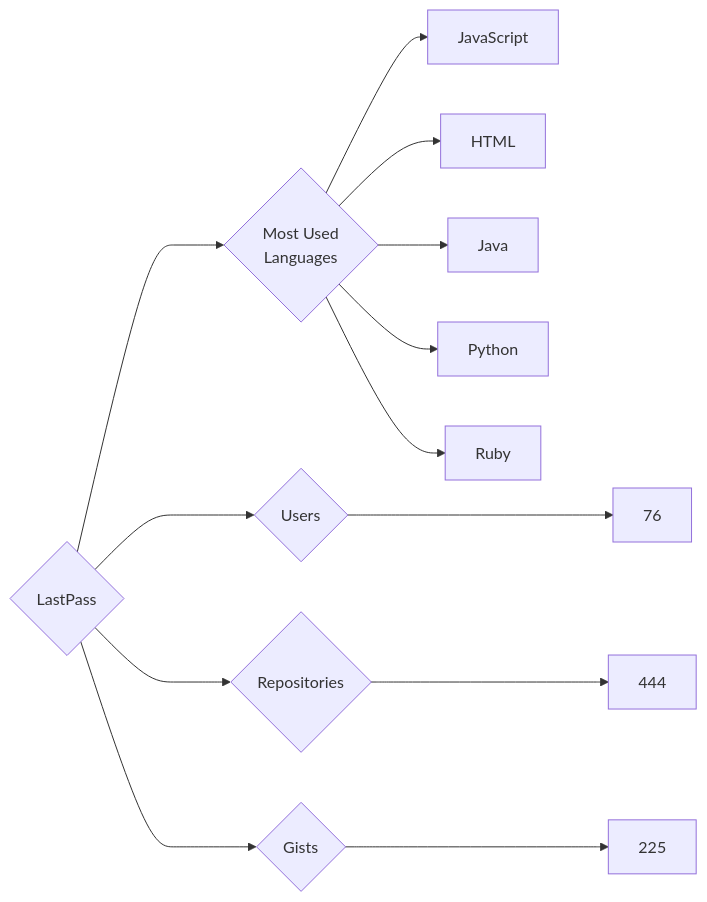
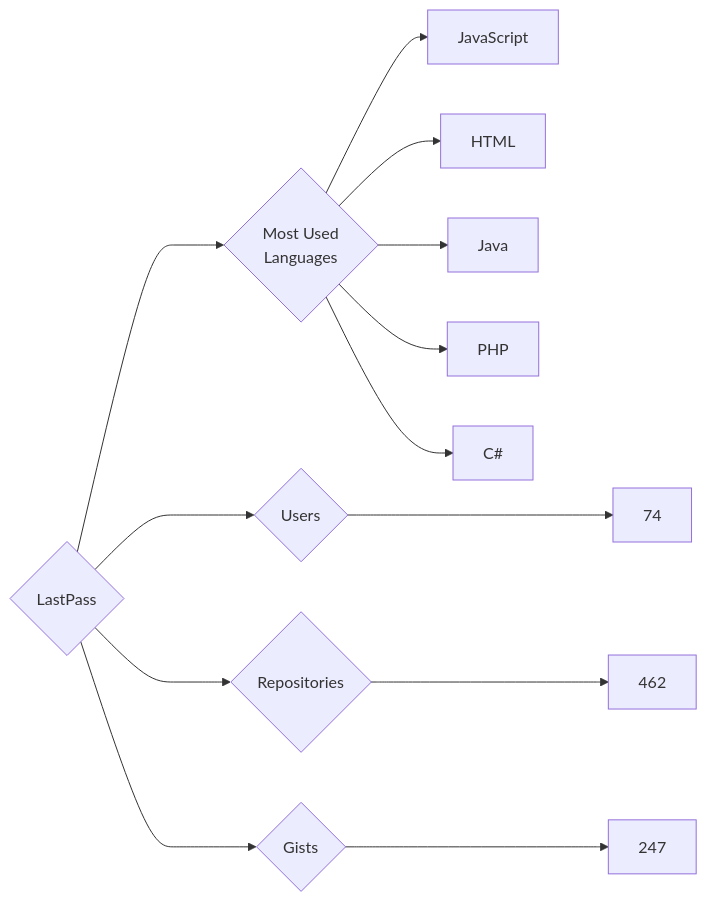
Before and after one commit to trickest/insiders: the diagram in targets/LastPass/README.md, drawn with Mermaid. The commit also changed 1479 other files, not shown here.

````diff
--- a/targets/LastPass/README.md
+++ b/targets/LastPass/README.md
@@ -3,13 +3,13 @@
 ```mermaid
 graph LR
 COMPANY_NAME{LastPass}
-COMPANY_NAME ---> U{Users} ---> UN[76]
-COMPANY_NAME ---> R{Repositories} ---> RN[444]
-COMPANY_NAME ---> G{Gists} ---> GN[225]
+COMPANY_NAME ---> U{Users} ---> UN[74]
+COMPANY_NAME ---> R{Repositories} ---> RN[462]
+COMPANY_NAME ---> G{Gists} ---> GN[247]
 COMPANY_NAME ---> ML{Most Used<br>Languages}
 ML --> JavaScript[JavaScript]
 ML --> HTML[HTML]
 ML --> Java[Java]
-ML --> Python[Python]
-ML --> Ruby[Ruby]
+ML --> PHP[PHP]
+ML --> C#[C#]
 ```
````
